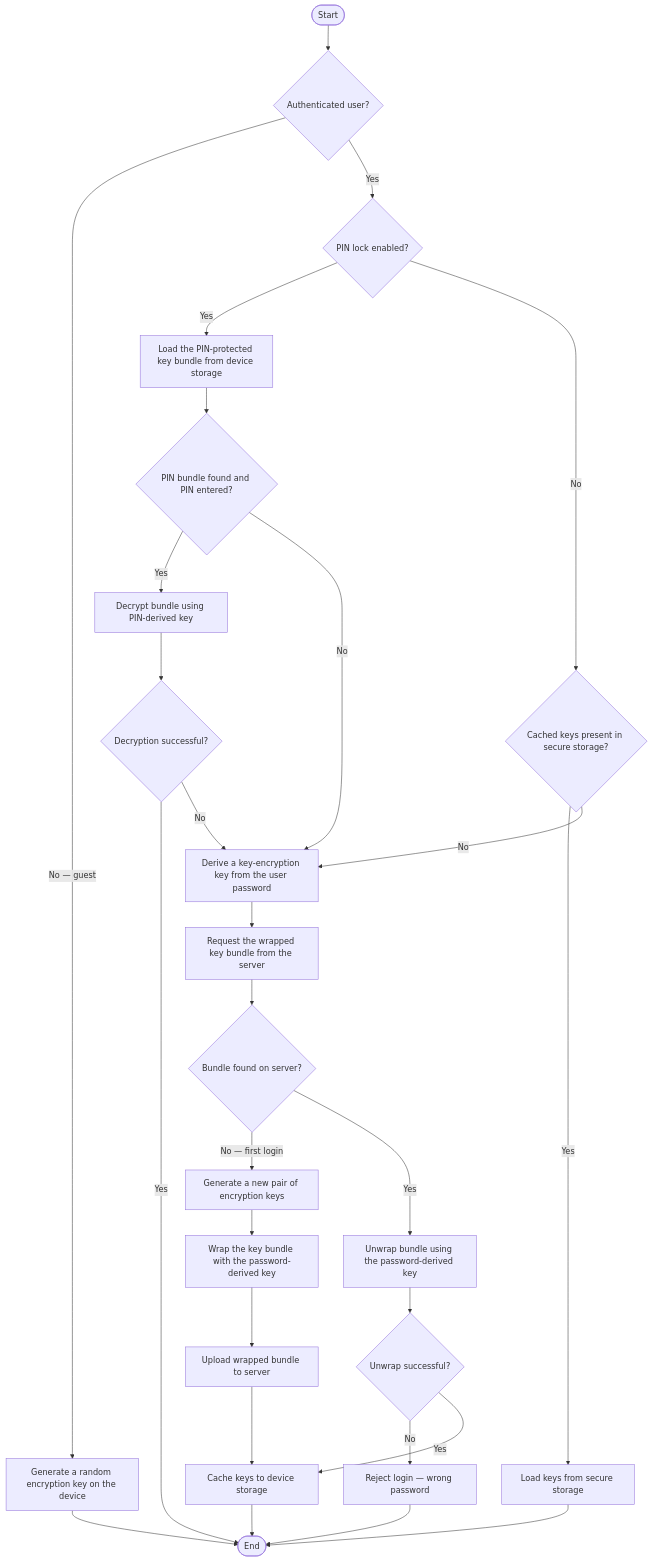
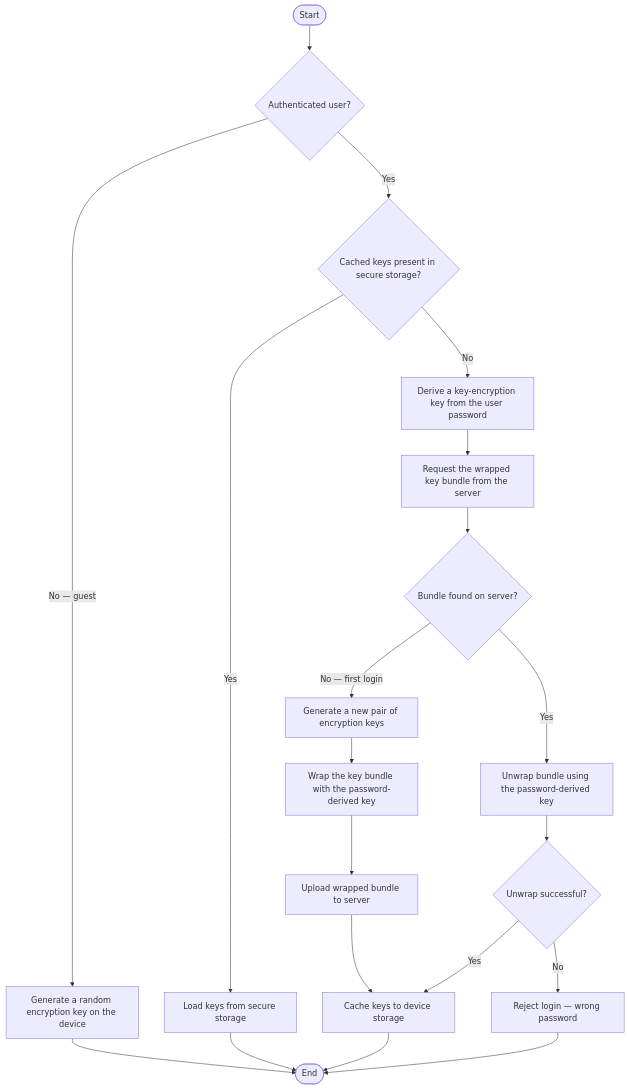
Before and after one commit to SAPOT-System/YLP-software: the first of 5 diagrams in mobile-app/sapot-mobile-app/docs/diagrams/08-encryption-decryption-flow.md, drawn with Mermaid. The commit also changed 6 other files, not shown here.

Commit message:
docs(mobile): remove encryption PIN from architecture, diagrams, and audits

````diff
--- a/mobile-app/sapot-mobile-app/docs/diagrams/08-encryption-decryption-flow.md
+++ b/mobile-app/sapot-mobile-app/docs/diagrams/08-encryption-decryption-flow.md
@@ -9,38 +9,27 @@
 ```mermaid
 flowchart TD
     A([Start]) --> B{Authenticated user?}
 
     B -->|No — guest| C[Generate a random encryption key on the device]
     C --> Z([End])
 
-    B -->|Yes| D{PIN lock enabled?}
-
-    D -->|Yes| E[Load the PIN-protected key bundle from device storage]
-    E --> F{PIN bundle found and PIN entered?}
-    F -->|Yes| G[Decrypt bundle using PIN-derived key]
-    G --> H{Decryption successful?}
-    H -->|Yes| Z
-    H -->|No| I
-
-    F -->|No| I[Derive a key-encryption key from the user password]
-
-    D -->|No| J{Cached keys present in secure storage?}
+    B -->|Yes| J{Cached keys present in secure storage?}
     J -->|Yes| K[Load keys from secure storage]
     K --> Z
-    J -->|No| I
+    J -->|No| I[Derive a key-encryption key from the user password]
 
     I --> L[Request the wrapped key bundle from the server]
     L --> M{Bundle found on server?}
 
     M -->|No — first login| N[Generate a new pair of encryption keys]
     N --> O[Wrap the key bundle with the password-derived key]
     O --> P[Upload wrapped bundle to server]
     P --> Q[Cache keys to device storage]
     Q --> Z
 
     M -->|Yes| R[Unwrap bundle using the password-derived key]
     R --> S{Unwrap successful?}
     S -->|No| T[Reject login — wrong password]
     T --> Z
     S -->|Yes| Q
 ```
````
